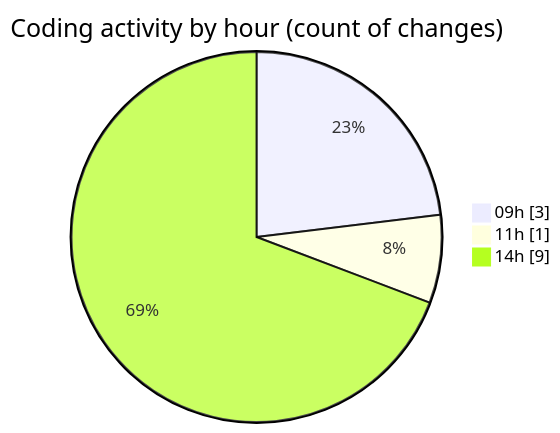
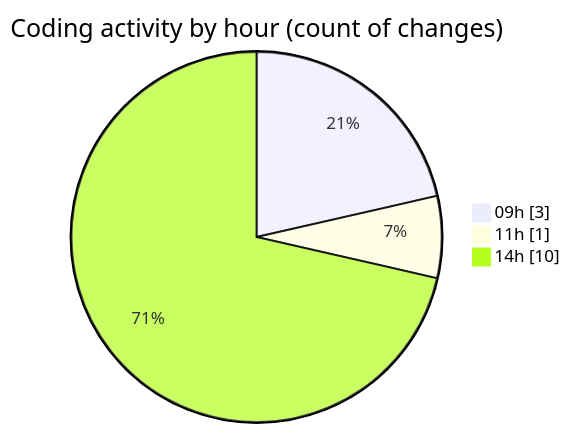
Before and after one commit to momahboobian/code-tracking: the second of 2 diagrams in 2025-09-25/cda/README.md, drawn with Mermaid. The commit also changed other lines of this file and 1 other file, not shown here.

````diff
--- a/2025-09-25/cda/README.md
+++ b/2025-09-25/cda/README.md
@@ -38,7 +39,7 @@
 ```mermaid
 pie showData
 title Coding activity by hour (count of changes)
 "09h" : 3
 "11h" : 1
-"14h" : 9
+"14h" : 10
 ```
````
